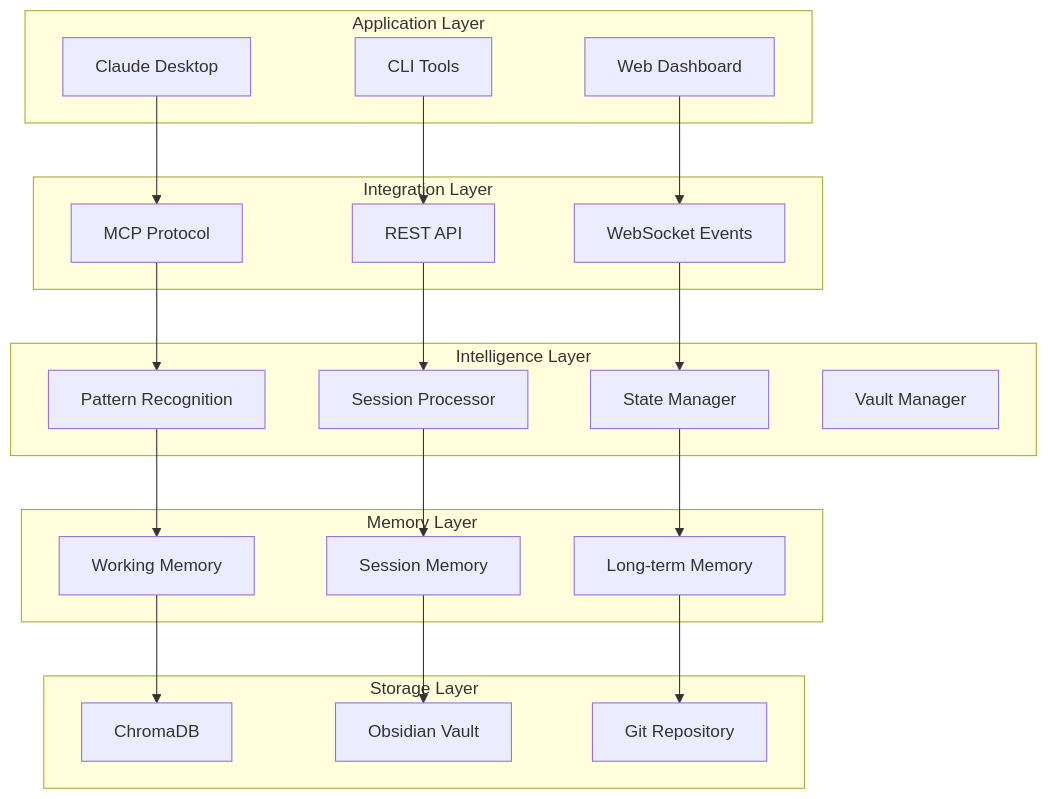
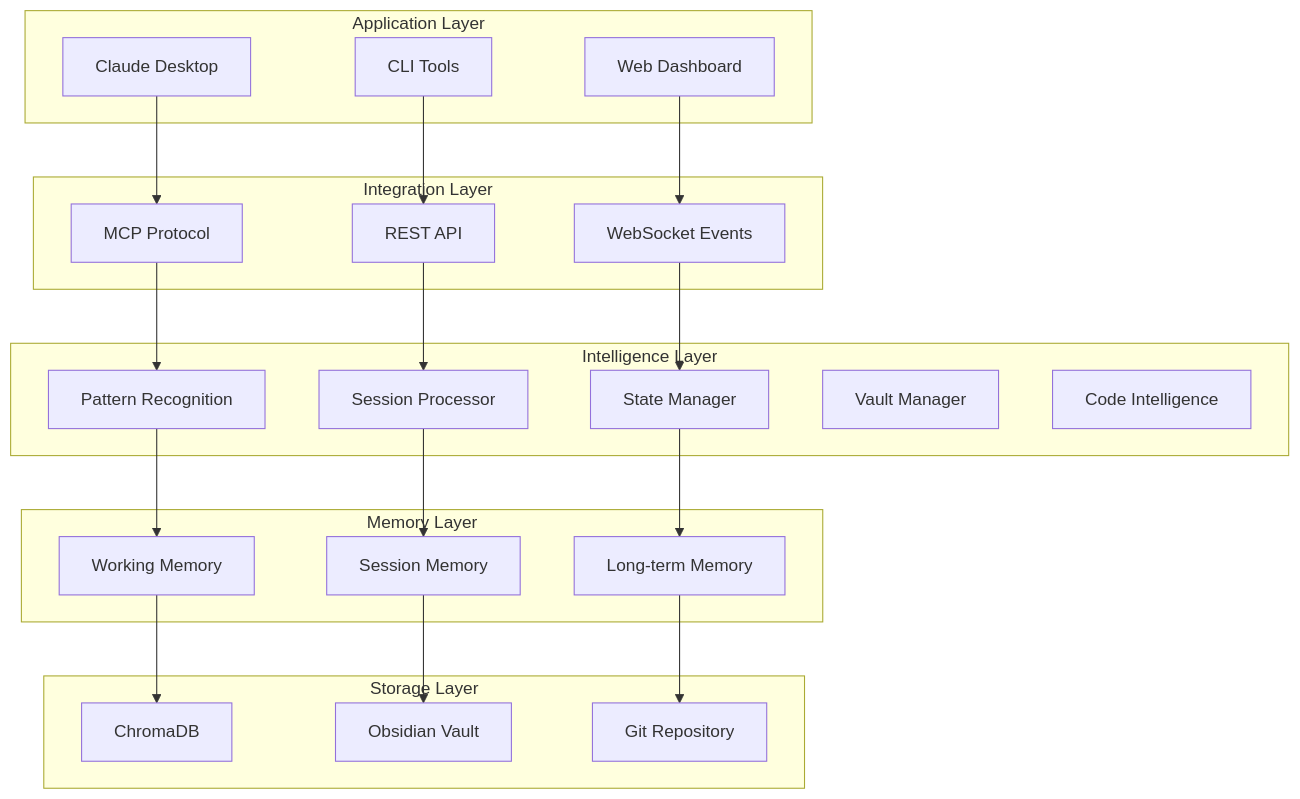
One commit to stevenjjobson/mcp-chromadb-memory changed the diagram in README.md. Above: the diagram before and after it, drawn with Mermaid. The commit also changed other lines of this file and 27 other files, not shown here.

````diff
--- a/README.md
+++ b/README.md
@@ -499,46 +552,47 @@
 ```mermaid
 graph TD
     subgraph "Application Layer"
         A1[Claude Desktop]
         A2[CLI Tools]
         A3[Web Dashboard]
     end
     
     subgraph "Integration Layer"
         B1[MCP Protocol]
         B2[REST API]
         B3[WebSocket Events]
     end
     
     subgraph "Intelligence Layer"
         C1[Pattern Recognition]
         C2[Session Processor]
         C3[State Manager]
         C4[Vault Manager]
+        C5[Code Intelligence]
     end
     
     subgraph "Memory Layer"
         D1[Working Memory]
         D2[Session Memory]
         D3[Long-term Memory]
     end
     
     subgraph "Storage Layer"
         E1[ChromaDB]
         E2[Obsidian Vault]
         E3[Git Repository]
     end
     
     A1 --> B1
     A2 --> B2
     A3 --> B3
     B1 --> C1
     B2 --> C2
     B3 --> C3
     C1 --> D1
     C2 --> D2
     C3 --> D3
     D1 --> E1
     D2 --> E2
     D3 --> E3
 ```
````
